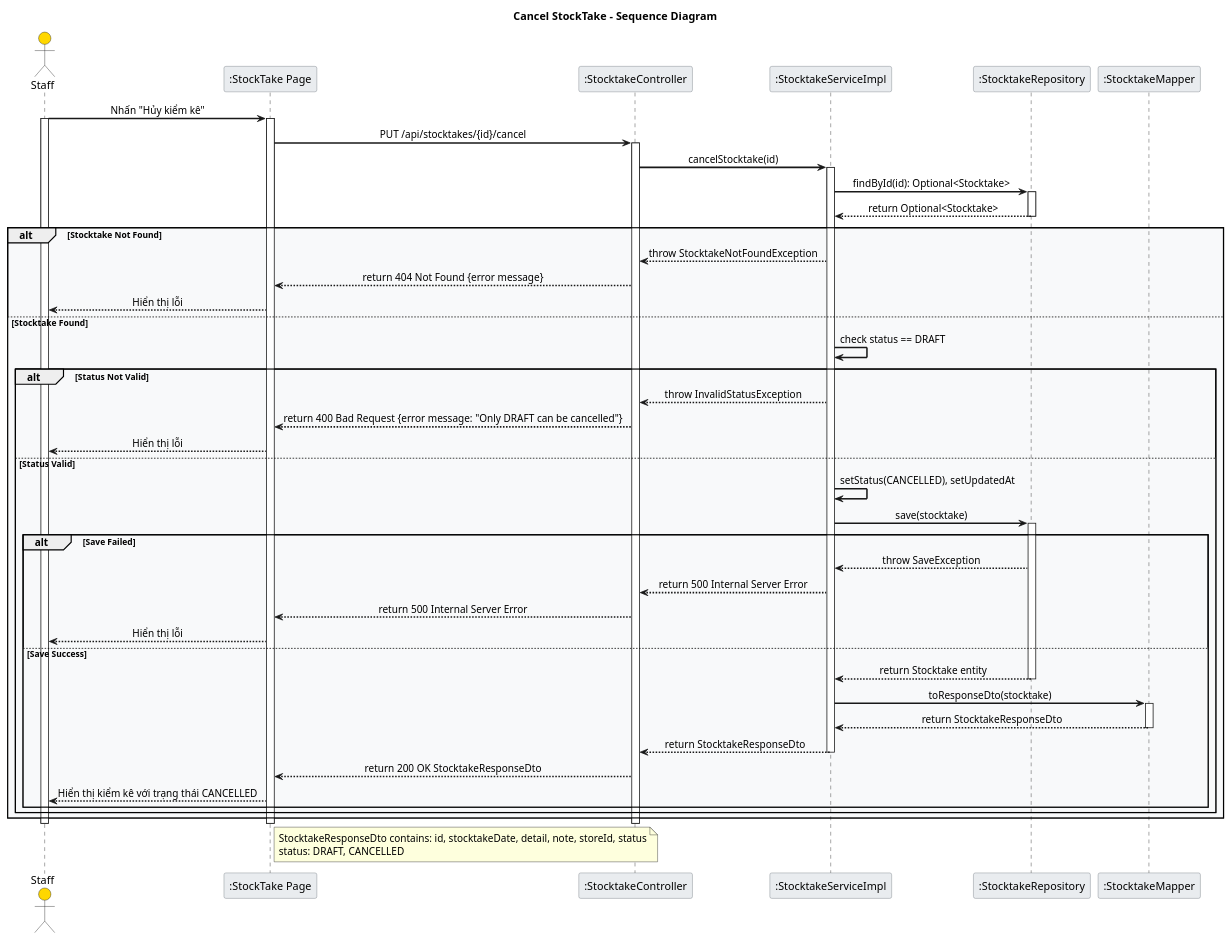
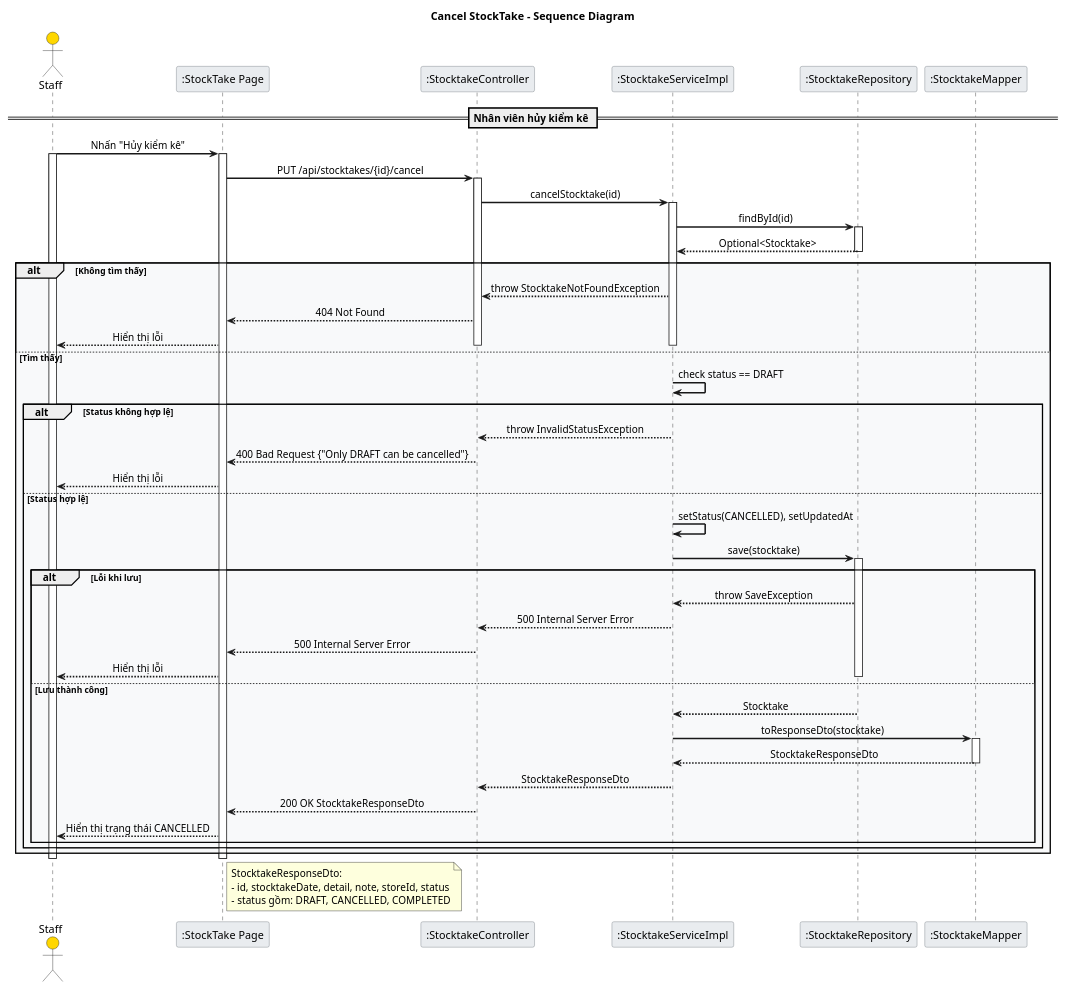
Before and after one commit to LamVNT/Farmovo: the diagram in Stocktake_Cancel_Sequence.puml, drawn with PlantUML. The commit also changed 20 other files, not shown here.

```diff
--- a/Stocktake_Cancel_Sequence.puml
+++ b/Stocktake_Cancel_Sequence.puml
@@ -1,75 +1,92 @@
 @startuml Stocktake_Cancel_Sequence
 
 skinparam backgroundColor white
 skinparam sequenceArrowThickness 2
 skinparam sequenceMessageAlign center
 skinparam sequenceGroupBodyBackgroundColor #F8F9FA
 skinparam sequenceParticipantBorderColor #6C757D
 skinparam sequenceParticipantBackgroundColor #E9ECEF
 skinparam sequenceLifeLineStroke dash
 skinparam actorBackgroundColor #FFD700
 
 title Cancel StockTake - Sequence Diagram
 
 actor Staff
 participant ":StockTake Page" as UI
-participant ":StocktakeController" as CC
-participant ":StocktakeServiceImpl" as CS
-participant ":StocktakeRepository" as CR
-participant ":StocktakeMapper" as CM
+participant ":StocktakeController" as Controller
+participant ":StocktakeServiceImpl" as Service
+participant ":StocktakeRepository" as StocktakeRepo
+participant ":StocktakeMapper" as Mapper
 
+== Nhân viên hủy kiểm kê ==
 Staff -> UI: Nhấn "Hủy kiểm kê"
 activate Staff
 activate UI
-UI -> CC: PUT /api/stocktakes/{id}/cancel
-activate CC
-CC -> CS: cancelStocktake(id)
-activate CS
-CS -> CR: findById(id): Optional<Stocktake>
-activate CR
-CR --> CS: return Optional<Stocktake>
-deactivate CR
-alt Stocktake Not Found
-    CS --> CC: throw StocktakeNotFoundException
-    CC --> UI: return 404 Not Found {error message}
+
+UI -> Controller: PUT /api/stocktakes/{id}/cancel
+activate Controller
+Controller -> Service: cancelStocktake(id)
+activate Service
+
+Service -> StocktakeRepo: findById(id)
+activate StocktakeRepo
+StocktakeRepo --> Service: Optional<Stocktake>
+deactivate StocktakeRepo
+
+alt Không tìm thấy
+    Service --> Controller: throw StocktakeNotFoundException
+    Controller --> UI: 404 Not Found
     UI --> Staff: Hiển thị lỗi
-else Stocktake Found
-    CS -> CS: check status == DRAFT
-    alt Status Not Valid
-        CS --> CC: throw InvalidStatusException
-        CC --> UI: return 400 Bad Request {error message: "Only DRAFT can be cancelled"}
+    deactivate Service
+    deactivate Controller
+else Tìm thấy
+    Service -> Service: check status == DRAFT
+
+    alt Status không hợp lệ
+        Service --> Controller: throw InvalidStatusException
+        Controller --> UI: 400 Bad Request {"Only DRAFT can be cancelled"}
         UI --> Staff: Hiển thị lỗi
-    else Status Valid
-        CS -> CS: setStatus(CANCELLED), setUpdatedAt
-        CS -> CR: save(stocktake)
-        activate CR
-        alt Save Failed
-            CR --> CS: throw SaveException
-            CS --> CC: return 500 Internal Server Error
-            CC --> UI: return 500 Internal Server Error
+        deactivate Service
+        deactivate Controller
+    else Status hợp lệ
+        Service -> Service: setStatus(CANCELLED), setUpdatedAt
+        Service -> StocktakeRepo: save(stocktake)
+        activate StocktakeRepo
+
+        alt Lỗi khi lưu
+            StocktakeRepo --> Service: throw SaveException
+            Service --> Controller: 500 Internal Server Error
+            Controller --> UI: 500 Internal Server Error
             UI --> Staff: Hiển thị lỗi
-        else Save Success
-            CR --> CS: return Stocktake entity
-            deactivate CR
-            CS -> CM: toResponseDto(stocktake)
-            activate CM
-            CM --> CS: return StocktakeResponseDto
-            deactivate CM
-            CS --> CC: return StocktakeResponseDto
-            deactivate CS
-            CC --> UI: return 200 OK StocktakeResponseDto
-            UI --> Staff: Hiển thị kiểm kê với trạng thái CANCELLED
+            deactivate StocktakeRepo
+            deactivate Service
+            deactivate Controller
+        else Lưu thành công
+            StocktakeRepo --> Service: Stocktake
+            deactivate StocktakeRepo
+
+            Service -> Mapper: toResponseDto(stocktake)
+            activate Mapper
+            Mapper --> Service: StocktakeResponseDto
+            deactivate Mapper
+
+            Service --> Controller: StocktakeResponseDto
+            deactivate Service
+
+            Controller --> UI: 200 OK StocktakeResponseDto
+            UI --> Staff: Hiển thị trạng thái CANCELLED
+            deactivate Controller
         end
     end
 end
 
-deactivate CC
 deactivate UI
 deactivate Staff
 
 note right of UI
-    StocktakeResponseDto contains: id, stocktakeDate, detail, note, storeId, status
-    status: DRAFT, CANCELLED
+StocktakeResponseDto:
+- id, stocktakeDate, detail, note, storeId, status
+- status gồm: DRAFT, CANCELLED, COMPLETED
 end note
 
 @enduml
```
